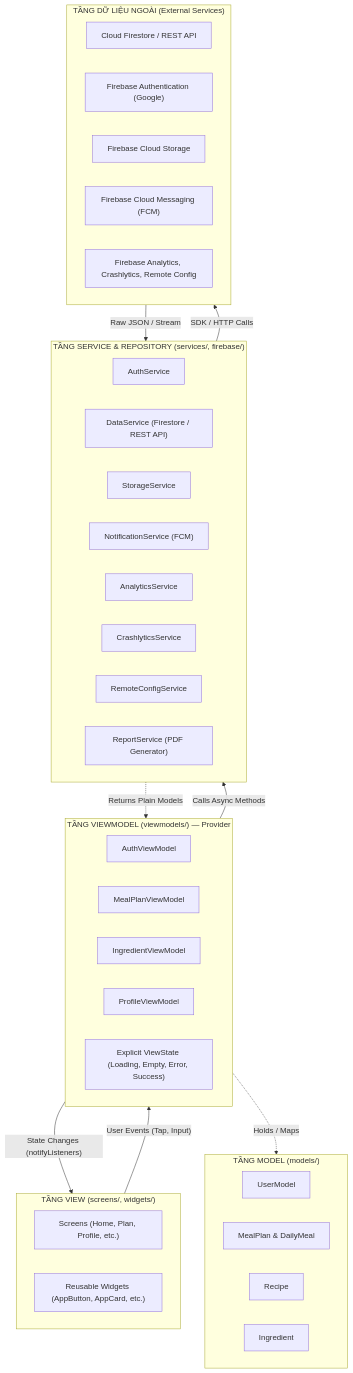
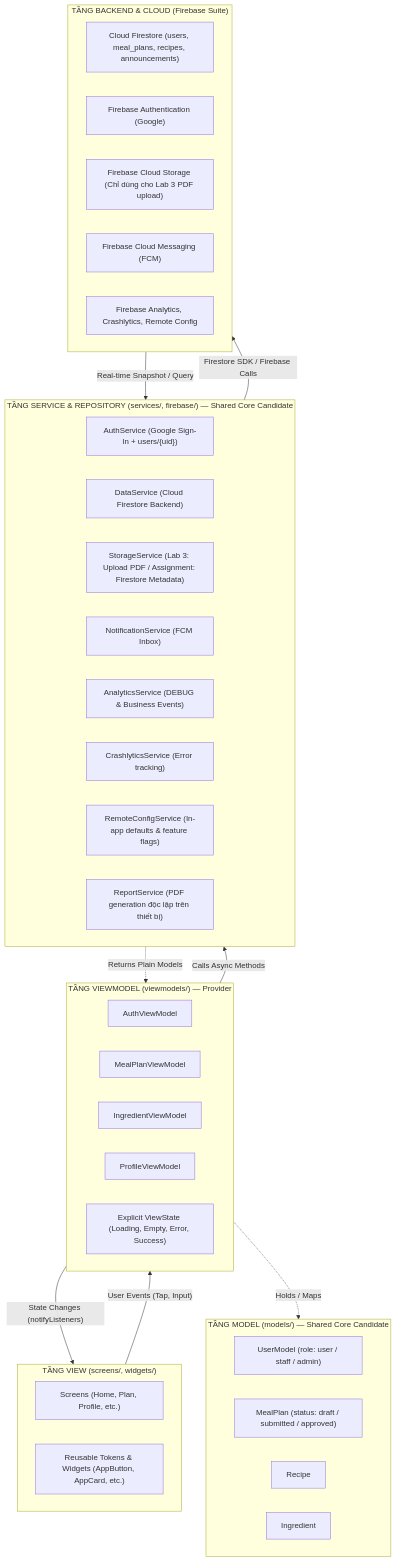
Before and after one commit to ruxenb/LongvitaRC: the first of 2 diagrams in docs/architecture.md, drawn with Mermaid. The commit also changed other lines of this file and 41 other files, not shown here.

Commit message:
feat(arch): implement forward-compatible MVVM architecture skeleton with Firestore and Provider DI

````diff
--- a/docs/architecture.md
+++ b/docs/architecture.md
@@ -27,49 +36,49 @@
 ```mermaid
 flowchart TD
     subgraph ViewLayer["TẦNG VIEW (screens/, widgets/)"]
         V1["Screens (Home, Plan, Profile, etc.)"]
-        V2["Reusable Widgets (AppButton, AppCard, etc.)"]
+        V2["Reusable Tokens & Widgets (AppButton, AppCard, etc.)"]
     end
 
     subgraph ViewModelLayer["TẦNG VIEWMODEL (viewmodels/) — Provider"]
         VM1["AuthViewModel"]
         VM2["MealPlanViewModel"]
         VM3["IngredientViewModel"]
         VM4["ProfileViewModel"]
         ST["Explicit ViewState<T> (Loading, Empty, Error, Success)"]
     end
 
-    subgraph ModelLayer["TẦNG MODEL (models/)"]
-        M1["UserModel"]
-        M2["MealPlan & DailyMeal"]
+    subgraph ModelLayer["TẦNG MODEL (models/) — Shared Core Candidate"]
+        M1["UserModel (role: user / staff / admin)"]
+        M2["MealPlan (status: draft / submitted / approved)"]
         M3["Recipe"]
         M4["Ingredient"]
     end
 
-    subgraph ServiceLayer["TẦNG SERVICE & REPOSITORY (services/, firebase/)"]
-        S1["AuthService"]
-        S2["DataService (Firestore / REST API)"]
-        S3["StorageService"]
-        S4["NotificationService (FCM)"]
-        S5["AnalyticsService"]
-        S6["CrashlyticsService"]
-        S7["RemoteConfigService"]
-        S8["ReportService (PDF Generator)"]
+    subgraph ServiceLayer["TẦNG SERVICE & REPOSITORY (services/, firebase/) — Shared Core Candidate"]
+        S1["AuthService (Google Sign-In + users/{uid})"]
+        S2["DataService (Cloud Firestore Backend)"]
+        S3["StorageService (Lab 3: Upload PDF / Assignment: Firestore Metadata)"]
+        S4["NotificationService (FCM Inbox)"]
+        S5["AnalyticsService (DEBUG & Business Events)"]
+        S6["CrashlyticsService (Error tracking)"]
+        S7["RemoteConfigService (In-app defaults & feature flags)"]
+        S8["ReportService (PDF generation độc lập trên thiết bị)"]
     end
 
-    subgraph BackendLayer["TẦNG DỮ LIỆU NGOÀI (External Services)"]
-        B1["Cloud Firestore / REST API"]
+    subgraph BackendLayer["TẦNG BACKEND & CLOUD (Firebase Suite)"]
+        B1["Cloud Firestore (users, meal_plans, recipes, announcements)"]
         B2["Firebase Authentication (Google)"]
-        B3["Firebase Cloud Storage"]
+        B3["Firebase Cloud Storage (Chỉ dùng cho Lab 3 PDF upload)"]
         B4["Firebase Cloud Messaging (FCM)"]
         B5["Firebase Analytics, Crashlytics, Remote Config"]
     end
 
     ViewLayer -->|"User Events (Tap, Input)"| ViewModelLayer
     ViewModelLayer -->|"State Changes (notifyListeners)"| ViewLayer
     ViewModelLayer -->|"Calls Async Methods"| ServiceLayer
     ViewModelLayer -.->|"Holds / Maps"| ModelLayer
     ServiceLayer -.->|"Returns Plain Models"| ViewModelLayer
-    ServiceLayer -->|"SDK / HTTP Calls"| BackendLayer
-    BackendLayer -->|"Raw JSON / Stream"| ServiceLayer
+    ServiceLayer -->|"Firestore SDK / Firebase Calls"| BackendLayer
+    BackendLayer -->|"Real-time Snapshot / Query"| ServiceLayer
 ```
````
